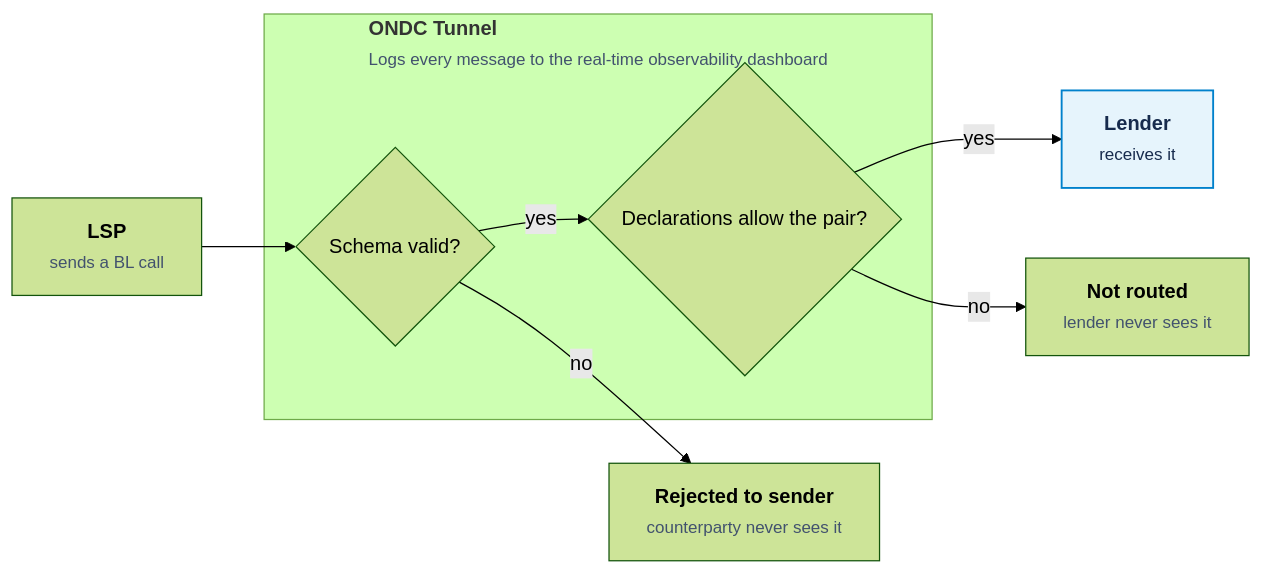
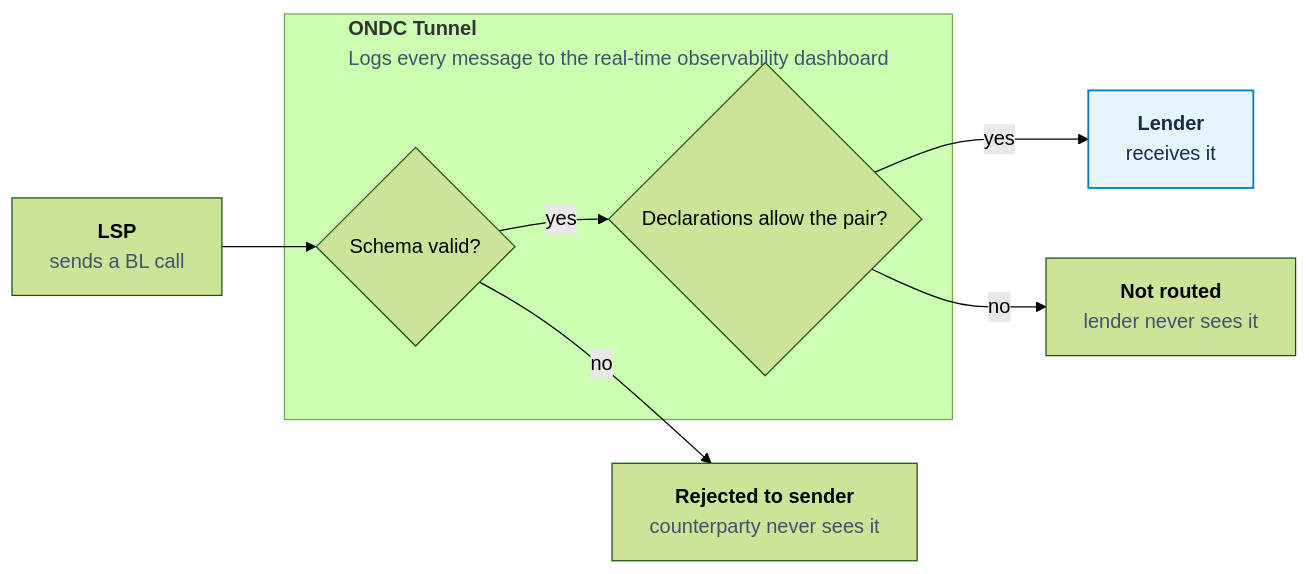
One commit to JyotiSharma0711/automation-specifications changed the diagram in config/docs/overview.md. Above: the diagram before and after it, drawn with Mermaid (forest theme).

Commit message:
docs: drop the shrunk subtitle size in the BL Tunnel diagram
The 0.85em subtitle text (e.g. 'Logs every message to the real-time
observability dashboard') rendered small enough that thin letter
clusters like 'ility' were hard to make out at normal screen/zoom
levels, even though the full text was always present and correctly
laid out underneath. Dropping the size override so the subtitle
renders at the same full size as everything else, distinguished only
by weight and color.

````diff
--- a/config/docs/overview.md
+++ b/config/docs/overview.md
@@ -33,15 +33,15 @@
 ```mermaid
 flowchart LR
-    LSP["<b>LSP</b><br/><span style='font-weight:400;font-size:0.85em;color:#42526e'>sends a BL call</span>"] --> Schema{Schema valid?}
-    subgraph Tunnel["<b>ONDC Tunnel</b><br/><span style='font-weight:400;font-size:0.85em;color:#42526e'>Logs every message to the real-time observability dashboard</span>"]
+    LSP["<b>LSP</b><br/><span style='font-weight:400;color:#42526e'>sends a BL call</span>"] --> Schema{Schema valid?}
+    subgraph Tunnel["<b>ONDC Tunnel</b><br/><span style='font-weight:400;color:#42526e'>Logs every message to the real-time observability dashboard</span>"]
         Schema
         Decl{Declarations allow the pair?}
     end
     Schema -- yes --> Decl
-    Schema -- no --> Rejected["<b>Rejected to sender</b><br/><span style='font-weight:400;font-size:0.85em;color:#42526e'>counterparty never sees it</span>"]
-    Decl -- yes --> Lender["<b>Lender</b><br/><span style='font-weight:400;font-size:0.85em'>receives it</span>"]
-    Decl -- no --> NotRouted["<b>Not routed</b><br/><span style='font-weight:400;font-size:0.85em;color:#42526e'>lender never sees it</span>"]
+    Schema -- no --> Rejected["<b>Rejected to sender</b><br/><span style='font-weight:400;color:#42526e'>counterparty never sees it</span>"]
+    Decl -- yes --> Lender["<b>Lender</b><br/><span style='font-weight:400'>receives it</span>"]
+    Decl -- no --> NotRouted["<b>Not routed</b><br/><span style='font-weight:400;color:#42526e'>lender never sees it</span>"]
 
     classDef success fill:#e6f4fc,stroke:#0081cc,stroke-width:1.5px,color:#172b4d
     class Lender success
 ```
````
